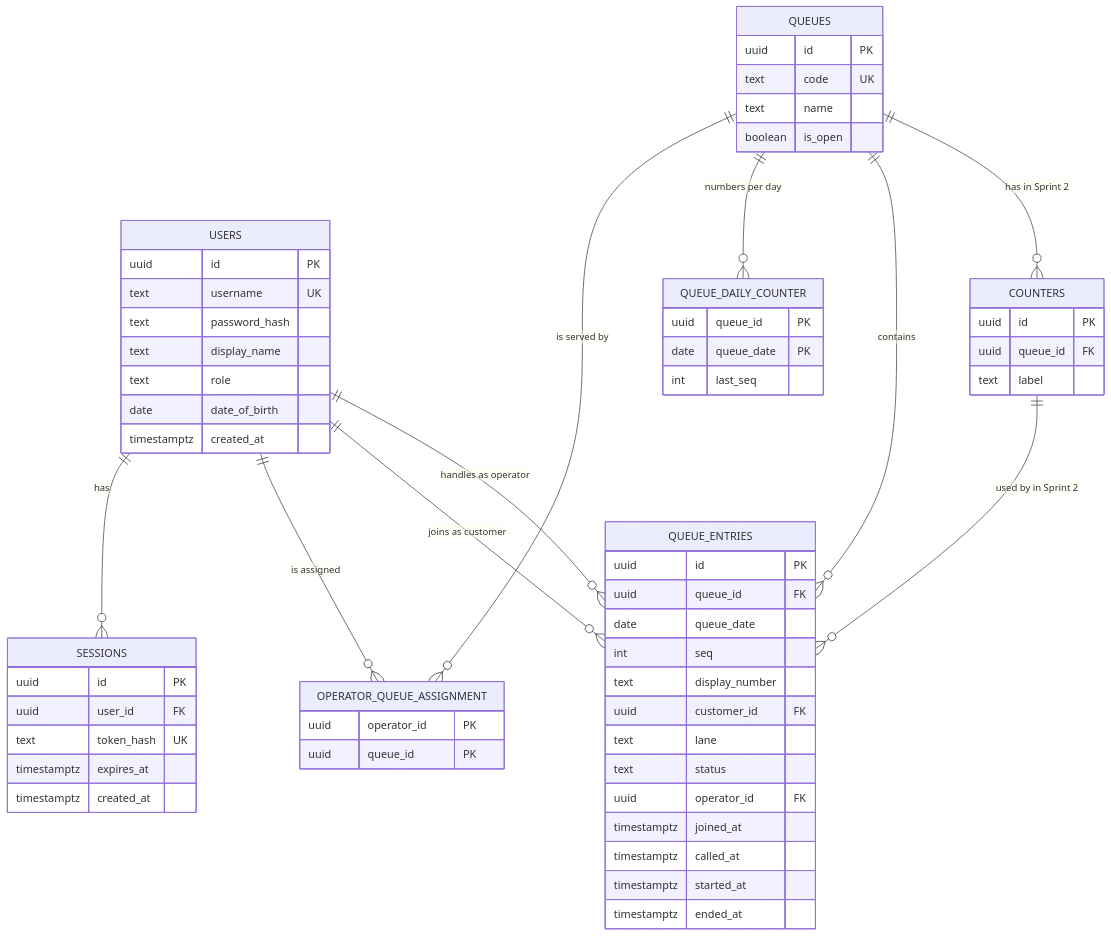
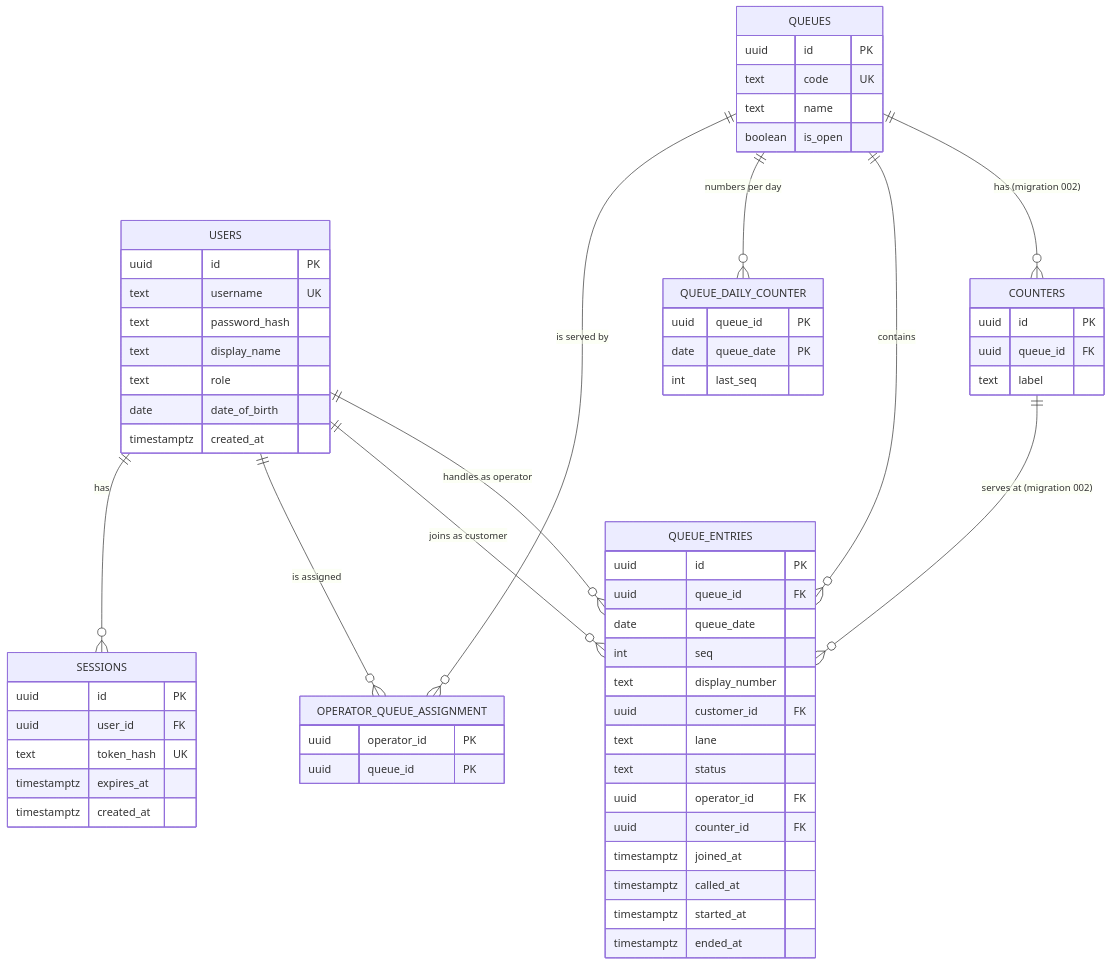
One commit to SinghLemonH/cpe334-bank-queue-system changed the second of 4 diagrams in docs/system-sds.md. Above: the diagram before and after it, drawn with Mermaid. The commit also changed other lines of this file and 7 other files, not shown here.

````diff
--- a/docs/system-sds.md
+++ b/docs/system-sds.md
@@ -89,64 +92,65 @@
 ```mermaid
 erDiagram
   USERS ||--o{ SESSIONS : "has"
   USERS ||--o{ OPERATOR_QUEUE_ASSIGNMENT : "is assigned"
   QUEUES ||--o{ OPERATOR_QUEUE_ASSIGNMENT : "is served by"
   QUEUES ||--o{ QUEUE_DAILY_COUNTER : "numbers per day"
   QUEUES ||--o{ QUEUE_ENTRIES : "contains"
   USERS ||--o{ QUEUE_ENTRIES : "joins as customer"
   USERS ||--o{ QUEUE_ENTRIES : "handles as operator"
-  QUEUES ||--o{ COUNTERS : "has in Sprint 2"
-  COUNTERS ||--o{ QUEUE_ENTRIES : "used by in Sprint 2"
+  QUEUES ||--o{ COUNTERS : "has (migration 002)"
+  COUNTERS ||--o{ QUEUE_ENTRIES : "serves at (migration 002)"
 
   USERS {
     uuid id PK
     text username UK
     text password_hash
     text display_name
     text role
     date date_of_birth
     timestamptz created_at
   }
   SESSIONS {
     uuid id PK
     uuid user_id FK
     text token_hash UK
     timestamptz expires_at
     timestamptz created_at
   }
   QUEUES {
     uuid id PK
     text code UK
     text name
     boolean is_open
   }
   OPERATOR_QUEUE_ASSIGNMENT {
     uuid operator_id PK
     uuid queue_id PK
   }
   QUEUE_DAILY_COUNTER {
     uuid queue_id PK
     date queue_date PK
     int last_seq
   }
   QUEUE_ENTRIES {
     uuid id PK
     uuid queue_id FK
     date queue_date
     int seq
     text display_number
     uuid customer_id FK
     text lane
     text status
     uuid operator_id FK
+    uuid counter_id FK
     timestamptz joined_at
     timestamptz called_at
     timestamptz started_at
     timestamptz ended_at
   }
   COUNTERS {
     uuid id PK
     uuid queue_id FK
     text label
   }
 ```
````
